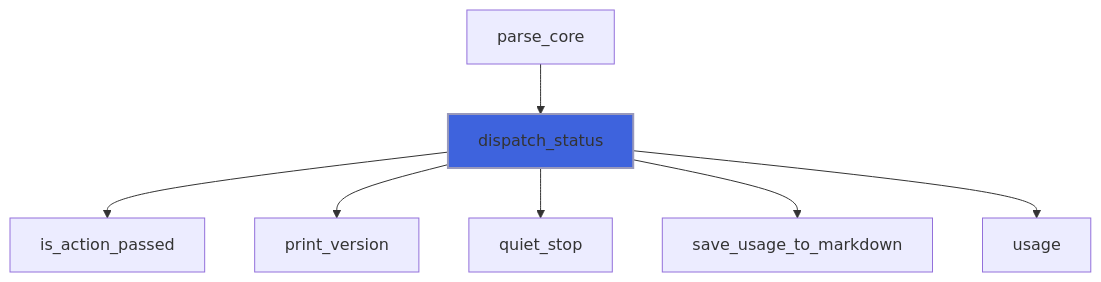
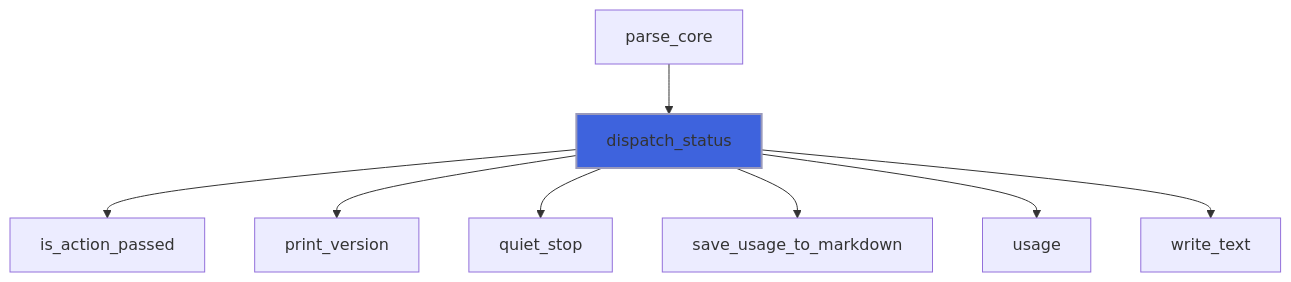
Diagram 51 of 57 in docs/api/src/lib/flap_command_line_interface_t.md (szaghi/FLAP), drawn with Mermaid before and after one commit. The commit also changed other lines of this file and 7 other files, not shown here.

````diff
--- a/docs/api/src/lib/flap_command_line_interface_t.md
+++ b/docs/api/src/lib/flap_command_line_interface_t.md
@@ -1947,10 +1950,11 @@
 ```mermaid
 flowchart TD
   parse_core["parse_core"] --> dispatch_status["dispatch_status"]
   dispatch_status["dispatch_status"] --> is_action_passed["is_action_passed"]
   dispatch_status["dispatch_status"] --> print_version["print_version"]
   dispatch_status["dispatch_status"] --> quiet_stop["quiet_stop"]
   dispatch_status["dispatch_status"] --> save_usage_to_markdown["save_usage_to_markdown"]
   dispatch_status["dispatch_status"] --> usage["usage"]
+  dispatch_status["dispatch_status"] --> write_text["write_text"]
   style dispatch_status fill:#3e63dd,stroke:#99b,stroke-width:2px
 ```
````
